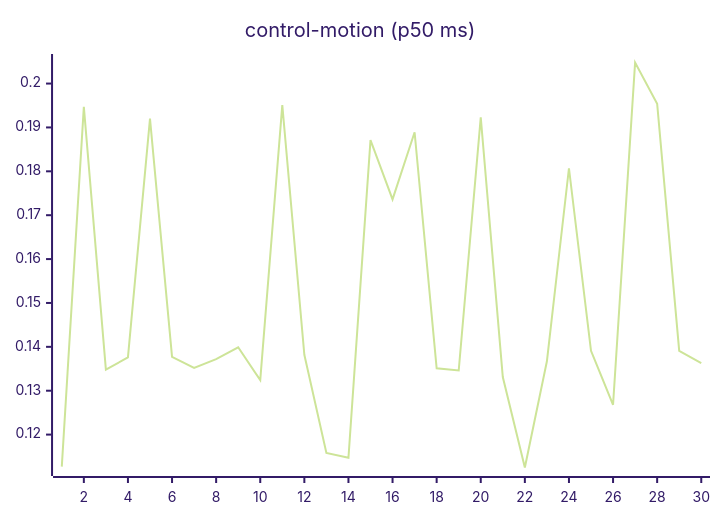
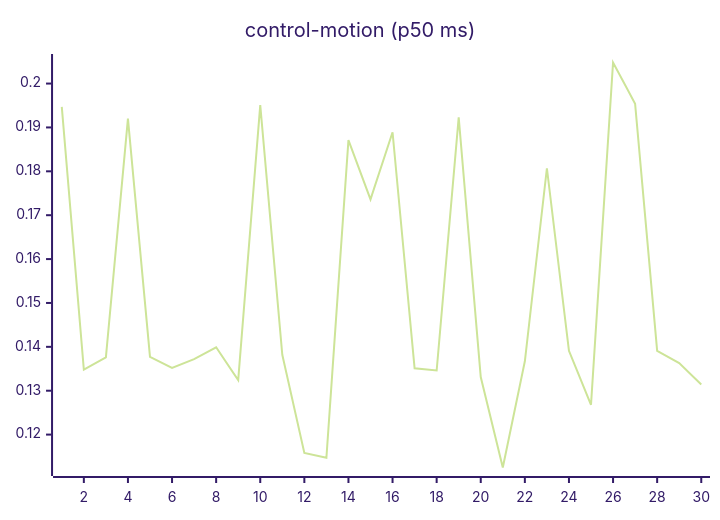
Before and after one commit to josha/Facet: the seventh of 27 diagrams in README.md, drawn with Mermaid (forest theme). The commit also changed other lines of this file and 2 other files, not shown here.

````diff
--- a/README.md
+++ b/README.md
@@ -105,6 +105,6 @@
 ```mermaid
 xychart-beta
     title "control-motion (p50 ms)"
     x-axis 1 --> 30
-    line [0.1127, 0.1947, 0.1348, 0.1376, 0.1920, 0.1377, 0.1352, 0.1372, 0.1399, 0.1324, 0.1951, 0.1382, 0.1158, 0.1147, 0.1871, 0.1736, 0.1889, 0.1351, 0.1346, 0.1923, 0.1331, 0.1125, 0.1367, 0.1807, 0.1391, 0.1268, 0.2048, 0.1954, 0.1391, 0.1363]
+    line [0.1947, 0.1348, 0.1376, 0.1920, 0.1377, 0.1352, 0.1372, 0.1399, 0.1324, 0.1951, 0.1382, 0.1158, 0.1147, 0.1871, 0.1736, 0.1889, 0.1351, 0.1346, 0.1923, 0.1331, 0.1125, 0.1367, 0.1807, 0.1391, 0.1268, 0.2048, 0.1954, 0.1391, 0.1363, 0.1314]
 ```
````
